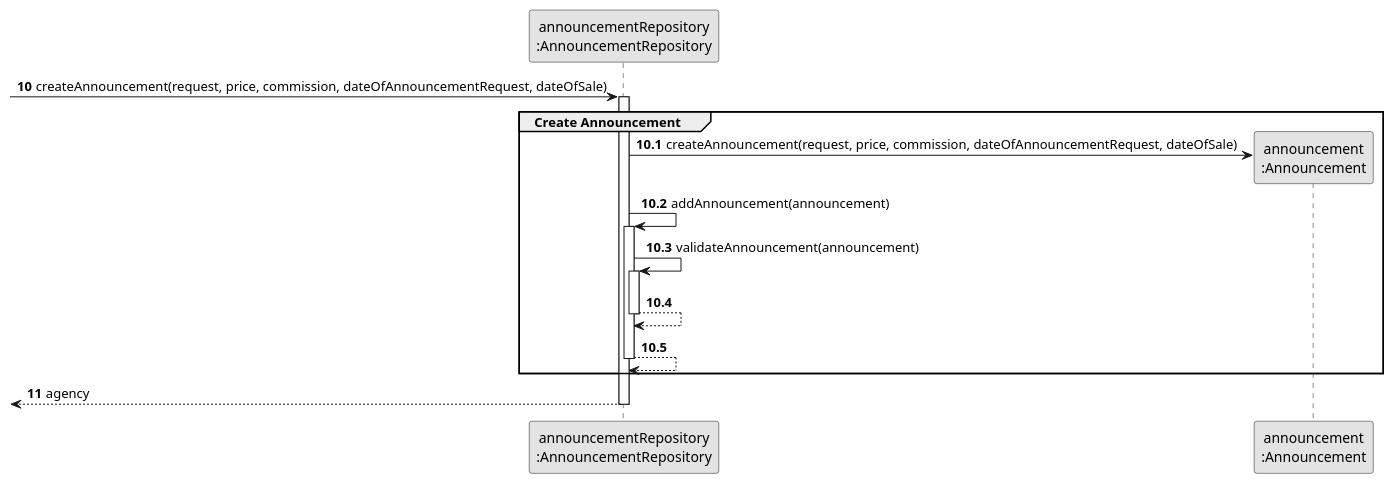
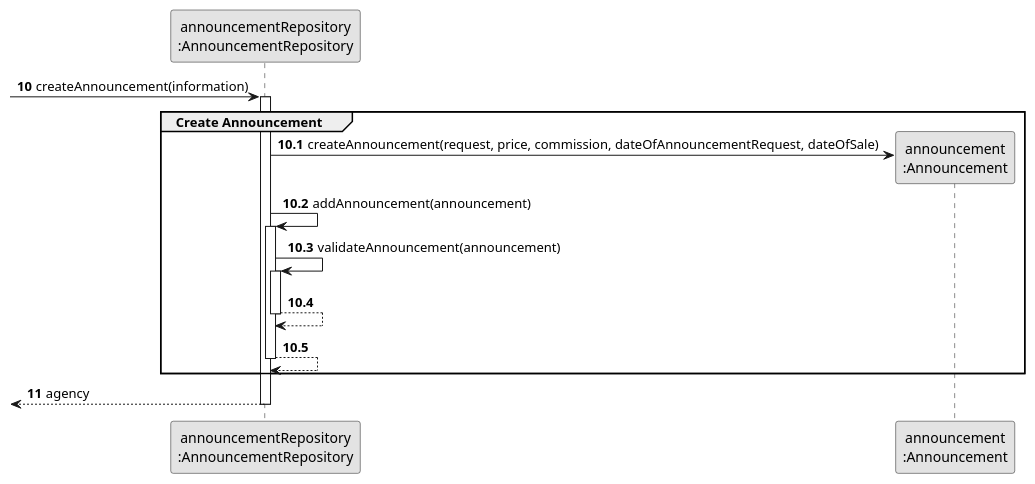
One commit to Rodrick0209/ISEP-LAPR2-22-23 changed the diagram in docs/Sprint-C/US012/03.design/puml/us012-sequence-diagram-partial-create-announcement.puml. Above: the diagram before and after it, drawn with PlantUML. The commit also changed 6 other files, not shown here.

```diff
--- a/docs/Sprint-C/US012/03.design/puml/us012-sequence-diagram-partial-create-announcement.puml
+++ b/docs/Sprint-C/US012/03.design/puml/us012-sequence-diagram-partial-create-announcement.puml
@@ -1,34 +1,34 @@
 @startuml
 skinparam monochrome true
 skinparam packageStyle rectangle
 skinparam shadowing false
 
 participant "announcementRepository\n:AnnouncementRepository" as AnnouncementRepository
 participant "announcement\n:Announcement" as Announcement
 
 autonumber 10
--> AnnouncementRepository: createAnnouncement(request, price, commission, dateOfAnnouncementRequest, dateOfSale)
+-> AnnouncementRepository: createAnnouncement(information)
 
 autonumber 10.1
 activate AnnouncementRepository
     group Create Announcement
 
         AnnouncementRepository -> Announcement**: createAnnouncement(request, price, commission, dateOfAnnouncementRequest, dateOfSale)
             AnnouncementRepository -> AnnouncementRepository: addAnnouncement(announcement)
             deactivate Announcement
         activate AnnouncementRepository
             AnnouncementRepository -> AnnouncementRepository: validateAnnouncement(announcement)
             activate AnnouncementRepository
                 AnnouncementRepository --> AnnouncementRepository
             deactivate AnnouncementRepository
 
             AnnouncementRepository --> AnnouncementRepository
         deactivate AnnouncementRepository
     end
 
     autonumber 11
     <-- AnnouncementRepository : agency
 deactivate AnnouncementRepository
 
 
 @enduml
```
